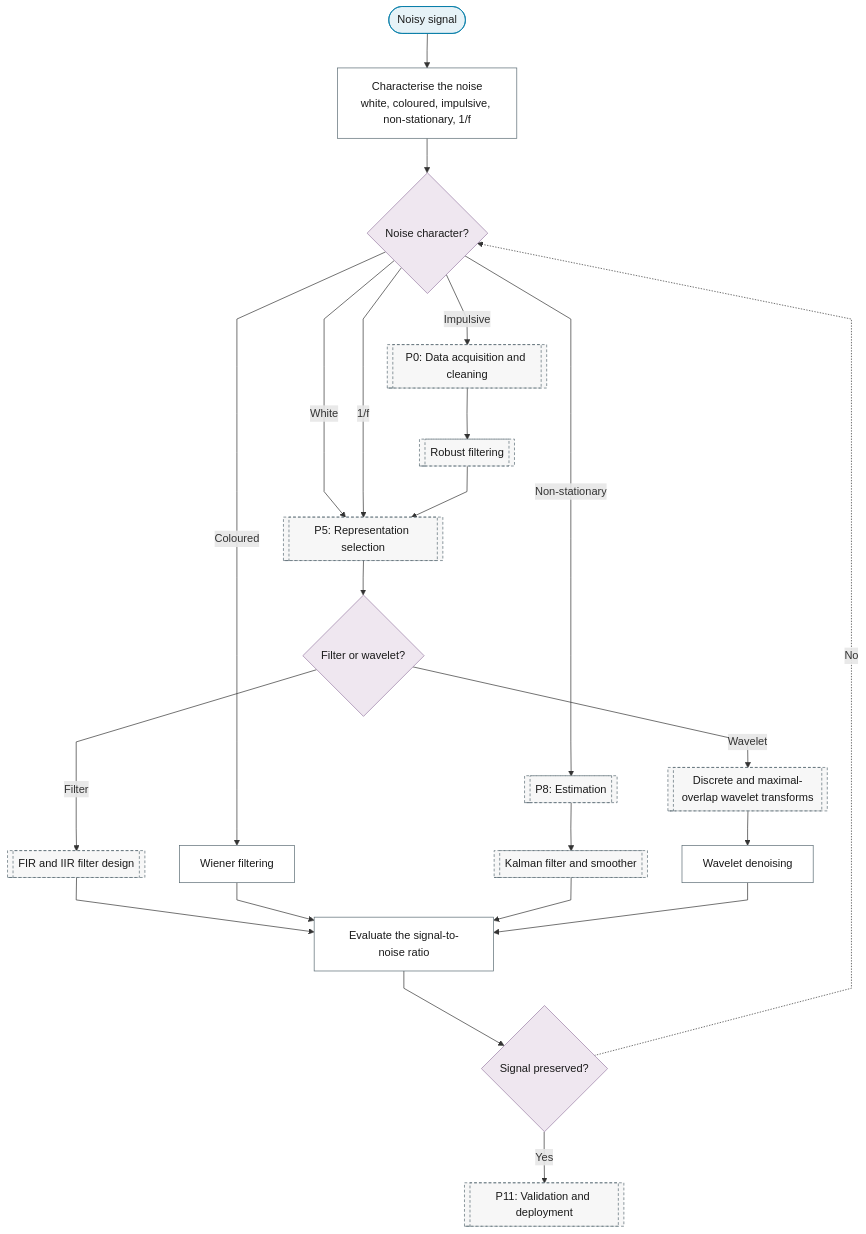
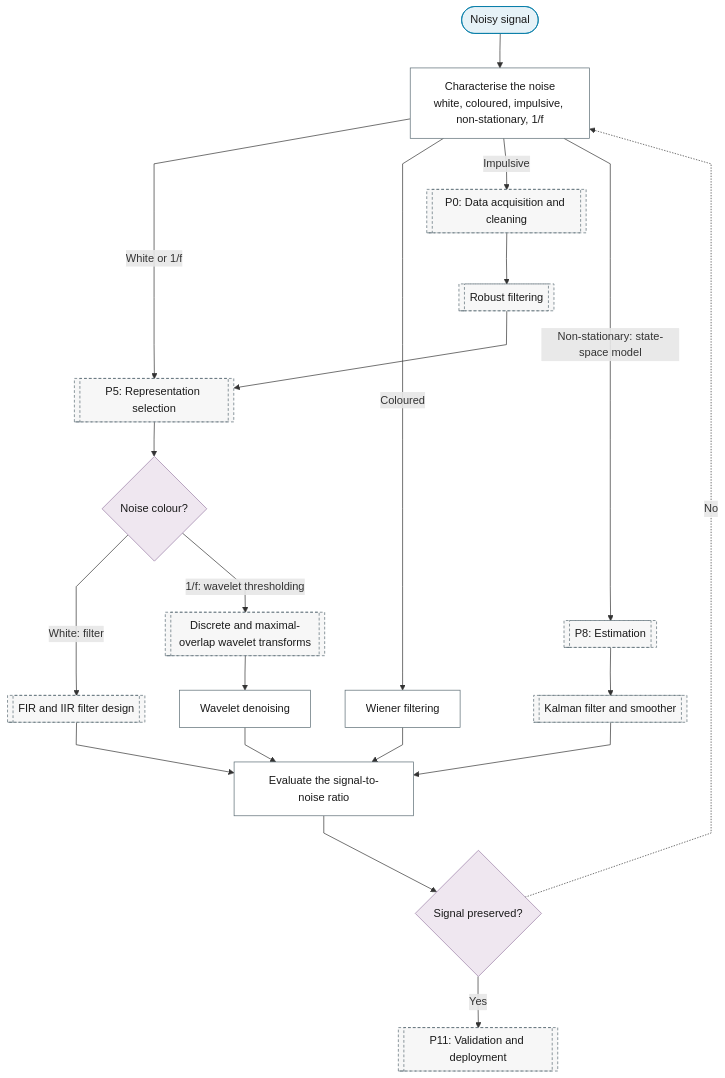
One commit to Shuxin-Y/time-series-analysis-manual changed the diagram in docs/01-workflow/p02-purpose/03-signal-extraction.md. Above: the diagram before and after it, drawn with Mermaid.

Commit message:
fix(flowchart): signal extraction asks the noise colour once, after P5 (rev1 R2-3)
P2_SE_NOISE_Q is gone; the noise-characterisation leaf routes impulsive,
coloured and non-stationary noise and sends white or 1/f noise to P5,
where 'Noise colour?' chooses a filter or wavelet thresholding. The
robust-filter path enters the same diamond. The filter path draws no
P6 to P9 box; the state-space path keeps P8 (rev1 R2-1).

````diff
--- a/docs/01-workflow/p02-purpose/03-signal-extraction.md
+++ b/docs/01-workflow/p02-purpose/03-signal-extraction.md
@@ -7,34 +7,32 @@
 ```mermaid
 %%{init: {"flowchart": {"curve": "linear"}}}%%
 graph TD
     P2_SE_IN(["Noisy signal"]) --> P2_SE_NOISE_TYPE["Characterise the noise<br/>white, coloured, impulsive, non-stationary, 1/f"]
-    P2_SE_NOISE_TYPE --> P2_SE_NOISE_Q{"Noise character?"}
-    P2_SE_NOISE_Q -->|"White"| P5
-    P2_SE_NOISE_Q -->|"Coloured"| P2_SE_WIENER["Wiener filtering"]
-    P2_SE_NOISE_Q -->|"Impulsive"| P0[["P0: Data acquisition and cleaning"]]
-    P2_SE_NOISE_Q -->|"Non-stationary"| P8[["P8: Estimation"]]
-    P2_SE_NOISE_Q -->|"1/f"| P5
+    P2_SE_NOISE_TYPE -->|"White or 1/f"| P5
+    P2_SE_NOISE_TYPE -->|"Coloured"| P2_SE_WIENER["Wiener filtering"]
+    P2_SE_NOISE_TYPE -->|"Impulsive"| P0[["P0: Data acquisition and cleaning"]]
+    P2_SE_NOISE_TYPE -->|"Non-stationary: state-space model"| P8[["P8: Estimation"]]
     P0 --> P0_ROBUST_FILTER[["Robust filtering"]]
     P0_ROBUST_FILTER --> P5[["P5: Representation selection"]]
-    P5 --> P2_SE_TRANSFORM{"Filter or wavelet?"}
-    P2_SE_TRANSFORM -->|"Filter"| P5_FD_FILTERS[["FIR and IIR filter design"]]
-    P2_SE_TRANSFORM -->|"Wavelet"| P5_TF_DWT[["Discrete and maximal-overlap wavelet transforms"]]
+    P5 --> P2_SE_TRANSFORM{"Noise colour?"}
+    P2_SE_TRANSFORM -->|"White: filter"| P5_FD_FILTERS[["FIR and IIR filter design"]]
+    P2_SE_TRANSFORM -->|"1/f: wavelet thresholding"| P5_TF_DWT[["Discrete and maximal-overlap wavelet transforms"]]
     P5_TF_DWT --> P2_SE_WAVELET_DENOISING["Wavelet denoising"]
     P8 --> P8_KALMAN[["Kalman filter and smoother"]]
     P5_FD_FILTERS & P2_SE_WIENER & P8_KALMAN & P2_SE_WAVELET_DENOISING --> P2_SE_SNR["Evaluate the signal-to-noise ratio"]
     P2_SE_SNR --> P2_SE_OK{"Signal preserved?"}
-    P2_SE_OK -.->|"No"| P2_SE_NOISE_Q
+    P2_SE_OK -.->|"No"| P2_SE_NOISE_TYPE
     P2_SE_OK -->|"Yes"| P11[["P11: Validation and deployment"]]
     class P2_SE_IN terminator
-    class P2_SE_NOISE_Q,P2_SE_TRANSFORM,P2_SE_OK decision
+    class P2_SE_TRANSFORM,P2_SE_OK decision
     class P2_SE_NOISE_TYPE,P2_SE_WIENER,P2_SE_WAVELET_DENOISING,P2_SE_SNR process
     class P0,P8,P0_ROBUST_FILTER,P5,P5_FD_FILTERS,P5_TF_DWT,P8_KALMAN,P11 ref
     classDef terminator fill:#E6F2F7,stroke:#007BA7,color:#1A1A1A;
     classDef process fill:#FFFFFF,stroke:#5A6B73,color:#1A1A1A;
     classDef decision fill:#EFE7F0,stroke:#9B7FA7,color:#1A1A1A;
     classDef data fill:#FFF4E0,stroke:#C9A55E,color:#1A1A1A;
     classDef good fill:#DCEFD8,stroke:#4A7A3F,color:#1A1A1A;
     classDef escalate fill:#FFE9C2,stroke:#C9A55E,color:#1A1A1A;
     classDef problem fill:#F2D9DE,stroke:#800020,color:#1A1A1A;
     classDef ref fill:#F7F7F7,stroke:#5A6B73,color:#1A1A1A,stroke-dasharray:4 3;
 ```
````
